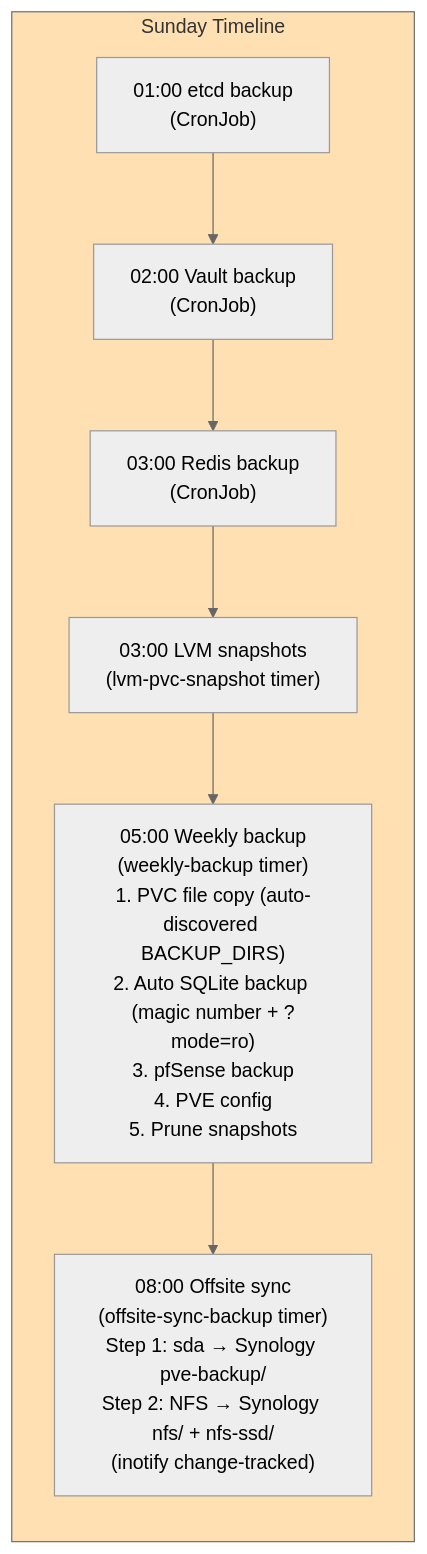
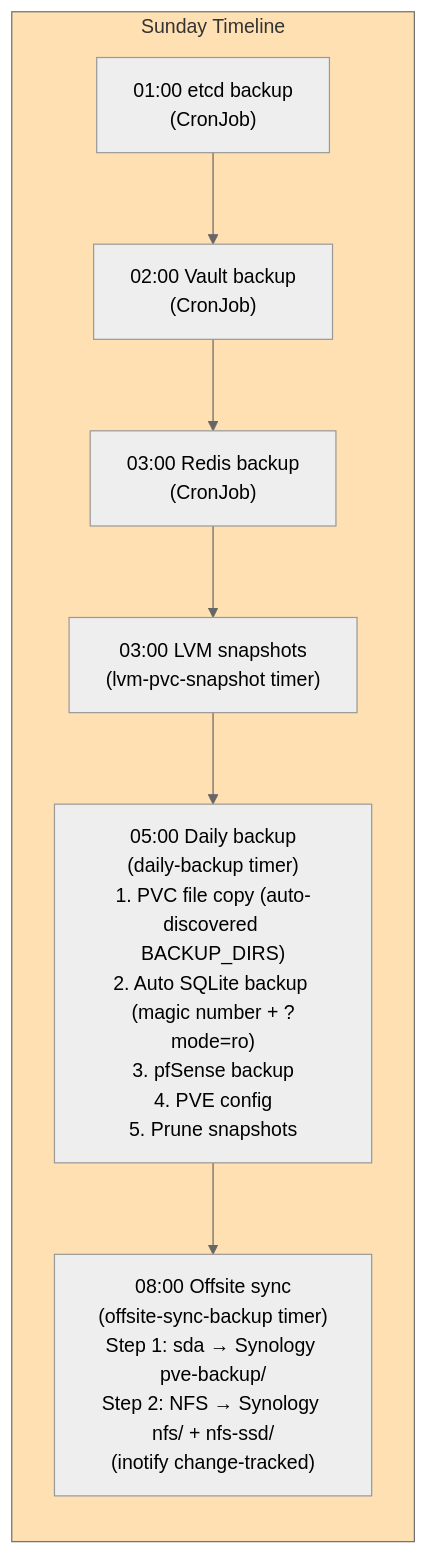
Before and after one commit to ViktorBarzin/infra: the second of 5 diagrams in docs/architecture/backup-dr.md, drawn with Mermaid (neutral theme). The commit also changed other lines of this file and 12 other files, not shown here.

First line of the commit message:
rename weekly-backup → daily-backup across scripts, timers, services, and docs [ci skip]

````diff
--- a/docs/architecture/backup-dr.md
+++ b/docs/architecture/backup-dr.md
@@ -90,15 +90,15 @@
 ```mermaid
 graph LR
     subgraph Sunday["Sunday Timeline"]
         S01["01:00 etcd backup<br/>(CronJob)"]
         S02["02:00 Vault backup<br/>(CronJob)"]
         S03a["03:00 Redis backup<br/>(CronJob)"]
         S03b["03:00 LVM snapshots<br/>(lvm-pvc-snapshot timer)"]
-        S05["05:00 Weekly backup<br/>(weekly-backup timer)<br/>1. PVC file copy (auto-discovered BACKUP_DIRS)<br/>2. Auto SQLite backup (magic number + ?mode=ro)<br/>3. pfSense backup<br/>4. PVE config<br/>5. Prune snapshots"]
+        S05["05:00 Daily backup<br/>(daily-backup timer)<br/>1. PVC file copy (auto-discovered BACKUP_DIRS)<br/>2. Auto SQLite backup (magic number + ?mode=ro)<br/>3. pfSense backup<br/>4. PVE config<br/>5. Prune snapshots"]
         S08["08:00 Offsite sync<br/>(offsite-sync-backup timer)<br/>Step 1: sda → Synology pve-backup/<br/>Step 2: NFS → Synology nfs/ + nfs-ssd/<br/>(inotify change-tracked)"]
     end
 
     S01 --> S02 --> S03a --> S03b --> S05 --> S08
 
     style Sunday fill:#ffe0b2
 ```
````
